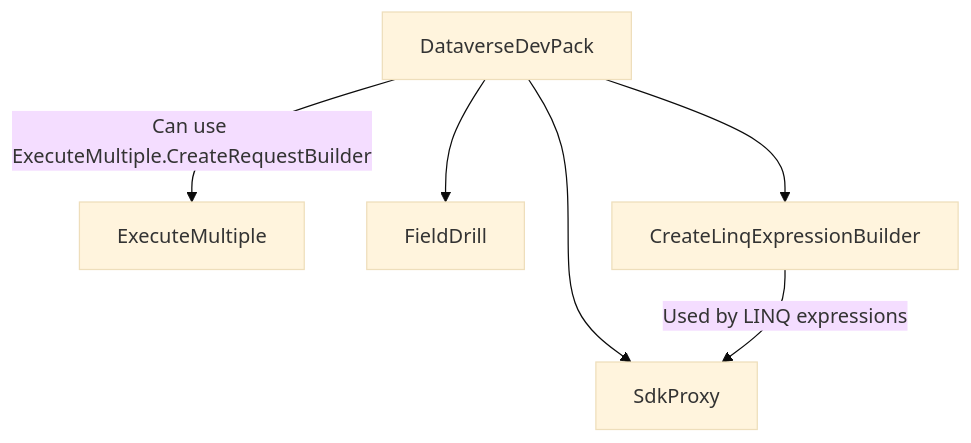
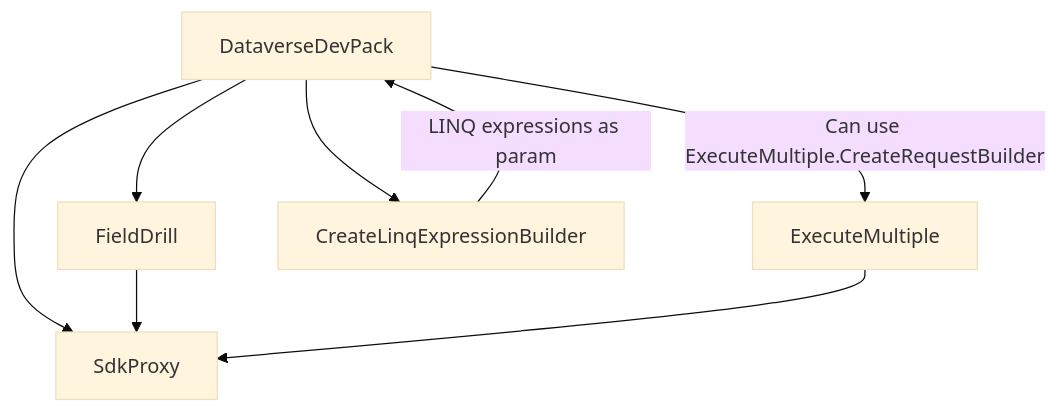
The diagram in README.md (C485/DevPack4Dataverse), drawn with Mermaid (base theme) before and after one commit.

Commit message:
MD update

````diff
--- a/README.md
+++ b/README.md
@@ -13,13 +13,15 @@
 ```mermaid
 graph TB
 A[DataverseDevPack]
 B[ExecuteMultiple]
 C[FieldDrill]
 D[SdkProxy]
 E[CreateLinqExpressionBuilder]
 A --> |Can use ExecuteMultiple.CreateRequestBuilder|B
 A --> C
 A --> D
 A --> E
-E --> |Used by LINQ expressions|D
+E --> |LINQ expressions as param|A
+C --> D
+B --> D
 ```
````
